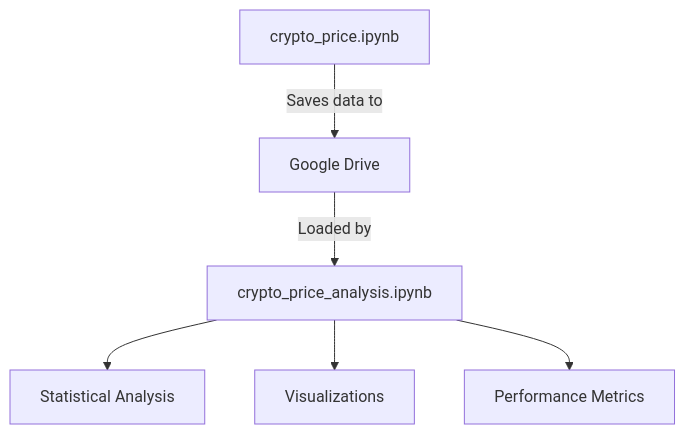
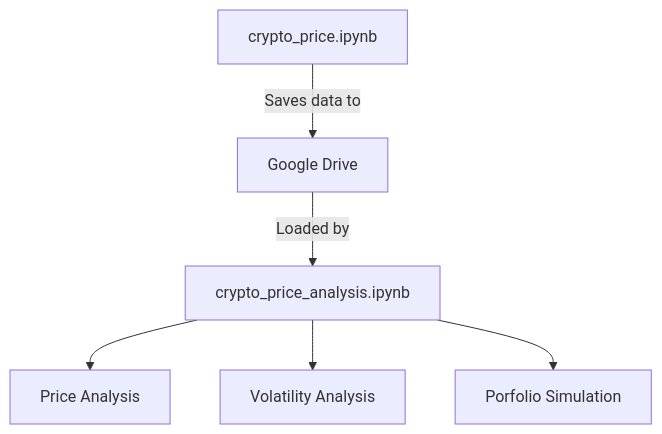
One commit to LexMainye/Crypto-Price-Analysis changed the diagram in README.md. Above: the diagram before and after it, drawn with Mermaid.

````diff
--- a/README.md
+++ b/README.md
@@ -234,8 +234,8 @@
 ```mermaid
 graph TD
     A[crypto_price.ipynb] -->|Saves data to| B[Google Drive]
     B -->|Loaded by| C[crypto_price_analysis.ipynb]
-    C --> D[Statistical Analysis]
-    C --> E[Visualizations]
-    C --> F[Performance Metrics]
+    C --> D[Price Analysis]
+    C --> E[Volatility Analysis]
+    C --> F[Porfolio Simulation]
 ```
````
